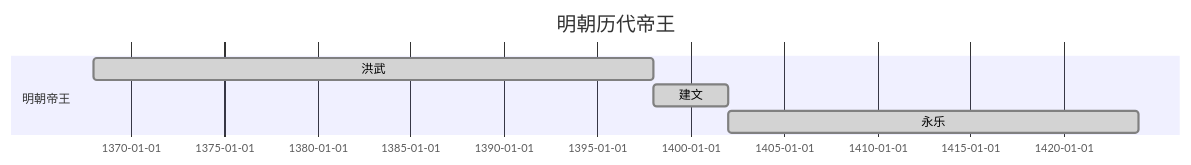
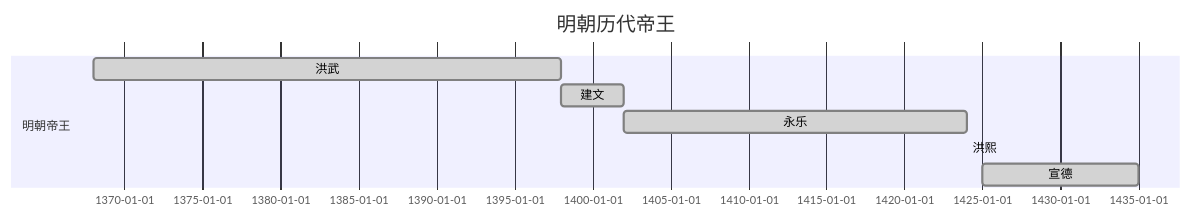
The first of 2 diagrams in NoteList.md (pemglee/HistoryNotes), drawn with Mermaid before and after one commit. The commit also changed other lines of this file, not shown here.

Commit message:
added Kings of MING

````diff
--- a/NoteList.md
+++ b/NoteList.md
@@ -15,10 +15,12 @@
 ```mermaid
 gantt
 dateformat YYYY
 title 明朝历代帝王
 
 section 明朝帝王
 洪武: done, 朱元璋, 1368, 1398
 建文: done, 朱允炆, 1398, 1402
 永乐: done, 朱棣, 1402, 1424
+洪熙: done, 朱高炽, 1424, 1424
+宣德: done, 朱瞻基, 1425, 1435
 ```
````
